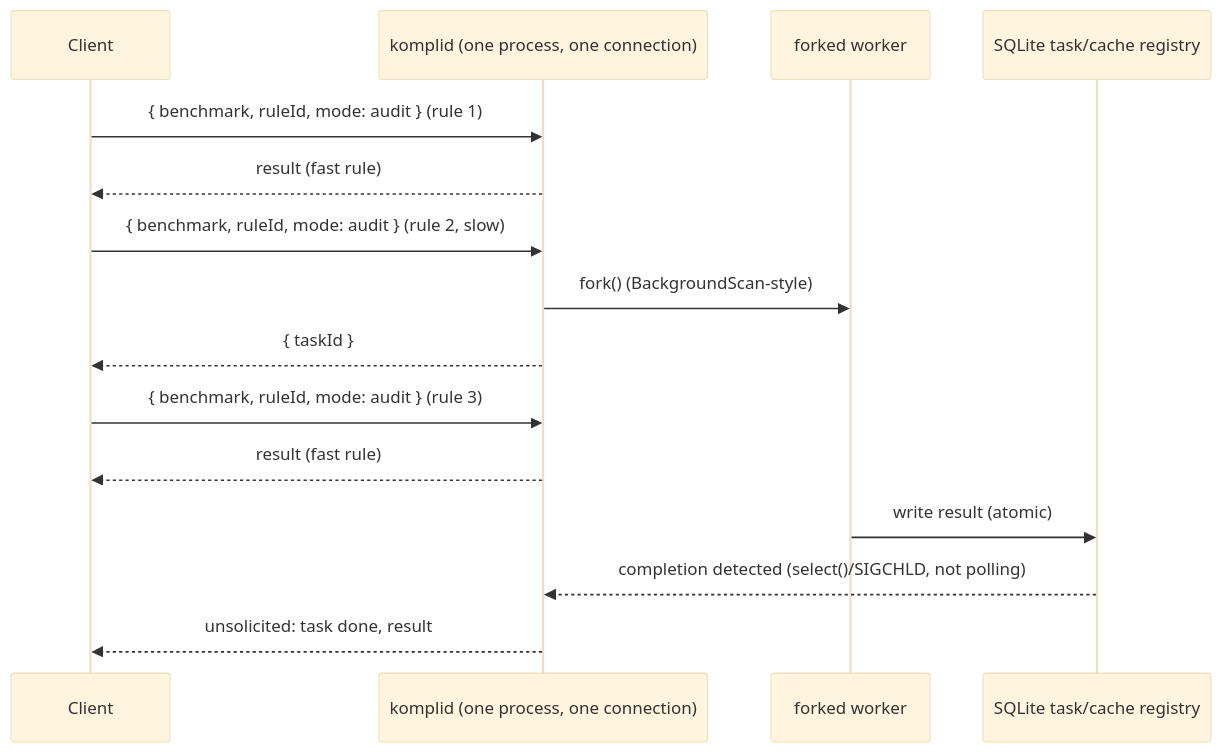
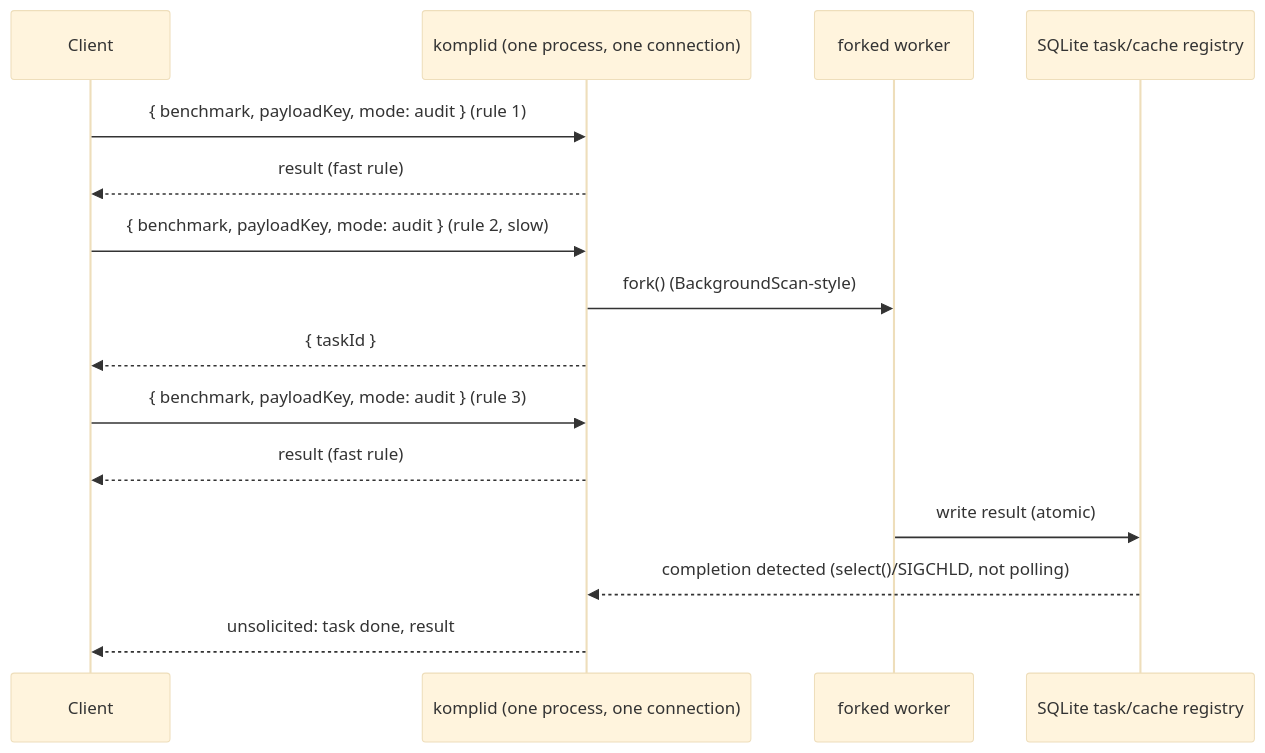
The third of 5 diagrams in docs/architecture.md (microsoft/kompli), drawn with Mermaid (base theme) before and after one commit. The commit also changed other lines of this file and 8 other files, not shown here.

````diff
--- a/docs/architecture.md
+++ b/docs/architecture.md
@@ -126,17 +130,17 @@
 ```mermaid
 sequenceDiagram
     participant Client
     participant komplid as komplid (one process, one connection)
     participant Worker as forked worker
     participant DB as SQLite task/cache registry
-    Client->>komplid: { benchmark, ruleId, mode: audit } (rule 1)
+    Client->>komplid: { benchmark, payloadKey, mode: audit } (rule 1)
     komplid-->>Client: result (fast rule)
-    Client->>komplid: { benchmark, ruleId, mode: audit } (rule 2, slow)
+    Client->>komplid: { benchmark, payloadKey, mode: audit } (rule 2, slow)
     komplid->>Worker: fork() (BackgroundScan-style)
     komplid-->>Client: { taskId }
-    Client->>komplid: { benchmark, ruleId, mode: audit } (rule 3)
+    Client->>komplid: { benchmark, payloadKey, mode: audit } (rule 3)
     komplid-->>Client: result (fast rule)
     Worker->>DB: write result (atomic)
     DB-->>komplid: completion detected (select()/SIGCHLD, not polling)
     komplid-->>Client: unsolicited: task done, result
 ```
````
